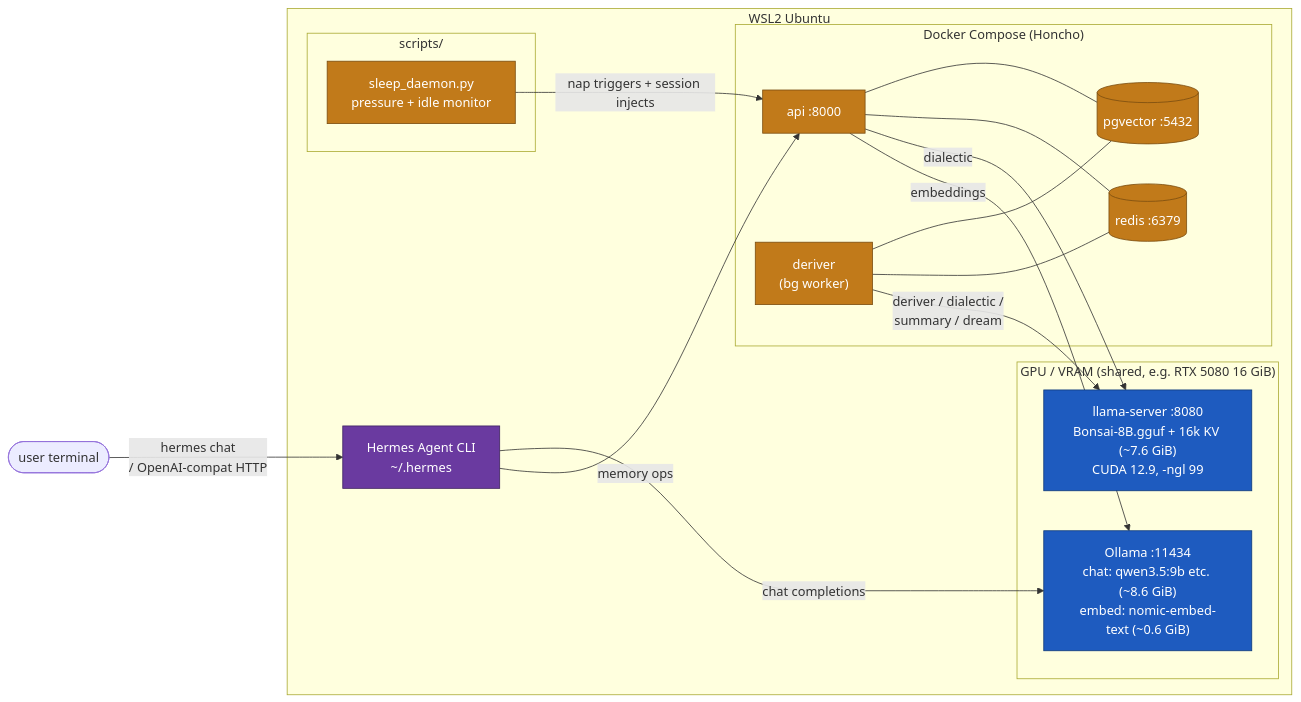
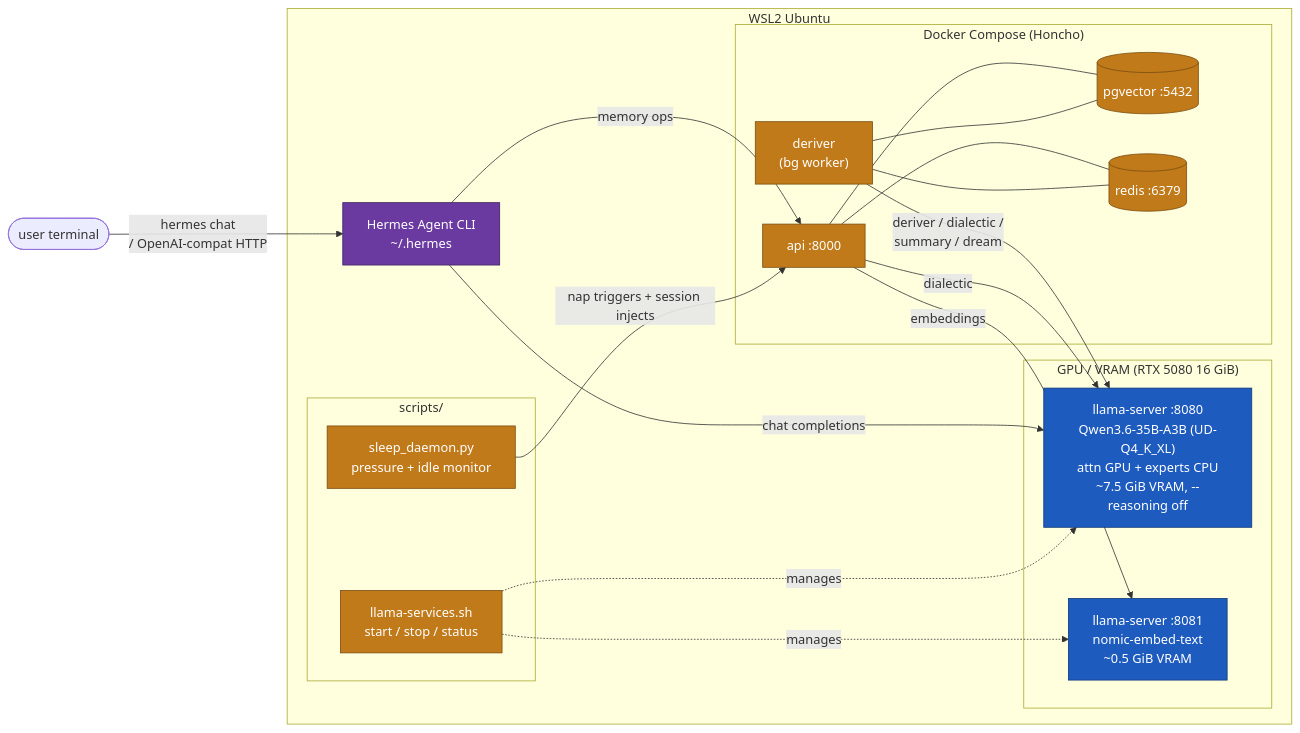
The diagram in README.md (baba-yu/nuncstans-hermes-stack), drawn with Mermaid before and after one commit. The commit also changed other lines of this file and 2 other files, not shown here.

First line of the commit message:
docs: rewrite for single-engine Qwen stack; archive Bonsai+Ollama recipe

````diff
--- a/README.md
+++ b/README.md
@@ -89,42 +51,45 @@
 ```mermaid
 flowchart LR
     User([user terminal]) -- "hermes chat<br/>/ OpenAI-compat HTTP" --> Hermes
 
     subgraph WSL["WSL2 Ubuntu"]
         Hermes["Hermes Agent CLI<br/>~/.hermes"]
 
-        subgraph GPU["GPU / VRAM (shared, e.g. RTX 5080 16 GiB)"]
-            Ollama["Ollama :11434<br/>chat: qwen3.5:9b etc. (~8.6 GiB)<br/>embed: nomic-embed-text (~0.6 GiB)"]
-            Bonsai["llama-server :8080<br/>Bonsai-8B.gguf + 16k KV (~7.6 GiB)<br/>CUDA 12.9, -ngl 99"]
+        subgraph GPU["GPU / VRAM (RTX 5080 16 GiB)"]
+            Chat["llama-server :8080<br/>Qwen3.6-35B-A3B (UD-Q4_K_XL)<br/>attn GPU + experts CPU<br/>~7.5 GiB VRAM, --reasoning off"]
+            Embed["llama-server :8081<br/>nomic-embed-text<br/>~0.5 GiB VRAM"]
         end
 
         subgraph Docker["Docker Compose (Honcho)"]
             HonchoAPI["api :8000"]
             Deriver["deriver<br/>(bg worker)"]
             PG[("pgvector :5432")]
             Redis[("redis :6379")]
             HonchoAPI --- PG
             HonchoAPI --- Redis
             Deriver --- PG
             Deriver --- Redis
         end
 
         subgraph Scripts["scripts/"]
+            LlamaServices["llama-services.sh<br/>start / stop / status"]
             SleepDaemon["sleep_daemon.py<br/>pressure + idle monitor"]
         end
     end
 
-    Hermes -- "chat completions" --> Ollama
+    Hermes -- "chat completions" --> Chat
     Hermes -- "memory ops" --> HonchoAPI
-    Deriver -- "deriver / dialectic /<br/>summary / dream" --> Bonsai
-    HonchoAPI -- "dialectic" --> Bonsai
-    HonchoAPI -- "embeddings" --> Ollama
+    Deriver -- "deriver / dialectic /<br/>summary / dream" --> Chat
+    HonchoAPI -- "dialectic" --> Chat
+    HonchoAPI -- "embeddings" --> Embed
     SleepDaemon -- "nap triggers + session injects" --> HonchoAPI
+    LlamaServices -.manages.-> Chat
+    LlamaServices -.manages.-> Embed
 
     classDef gpu fill:#1e5bbf,stroke:#0f3a7a,color:#fff
     classDef svc fill:#c17a1a,stroke:#7a4d10,color:#fff
     classDef app fill:#6a3aa0,stroke:#3e2261,color:#fff
-    class Ollama,Bonsai gpu
-    class HonchoAPI,Deriver,PG,Redis,SleepDaemon svc
+    class Chat,Embed gpu
+    class HonchoAPI,Deriver,PG,Redis,SleepDaemon,LlamaServices svc
     class Hermes app
 ```
````
